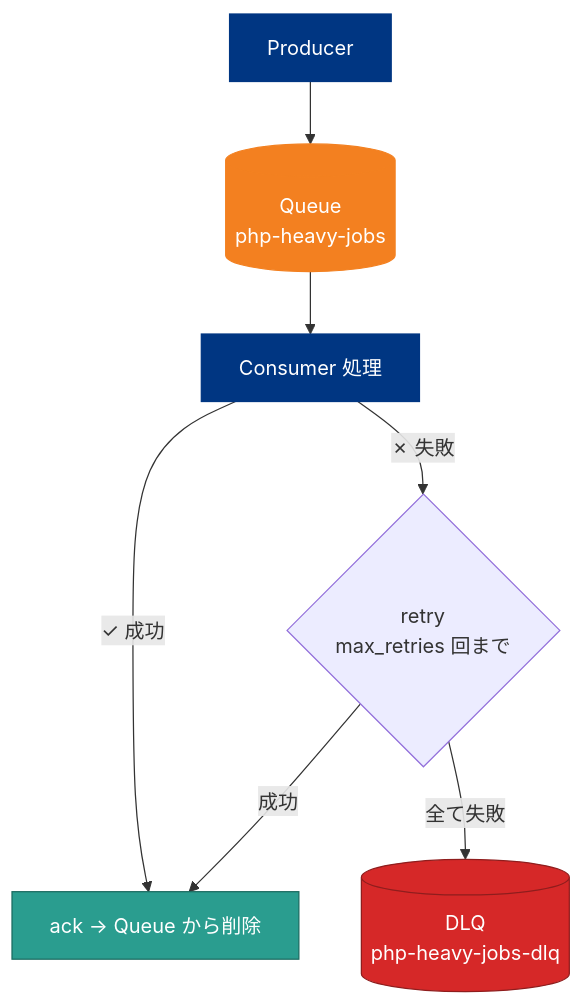
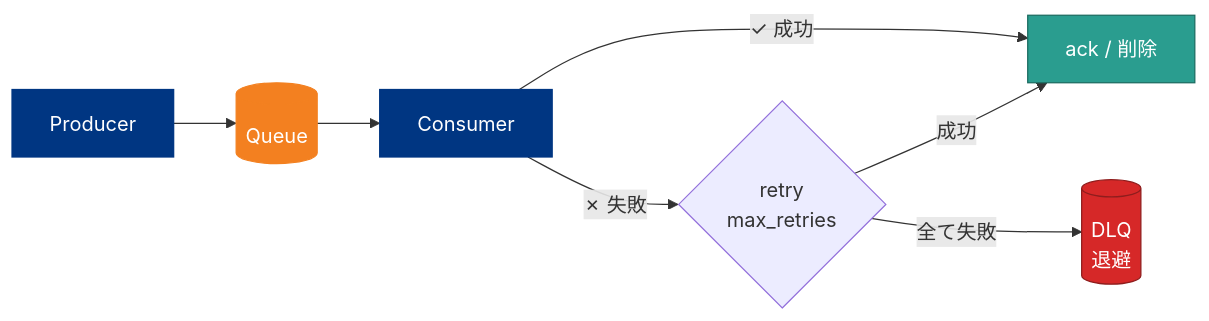
Before and after one commit to SuguruOoki/cloudflare-php-demo: the diagram in slides/diagrams/dlq-flow.mmd, drawn with Mermaid. The commit also changed 10 other files, not shown here.

First line of the commit message:
fix(slides): diagrams overflow - switch all to horizontal LR and size by height

```diff
--- a/slides/diagrams/dlq-flow.mmd
+++ b/slides/diagrams/dlq-flow.mmd
@@ -1,16 +1,16 @@
-flowchart TD
-    P[Producer] --> Q[(Queue<br/>php-heavy-jobs)]
-    Q --> C[Consumer 処理]
-    C -->|✓ 成功| OK[ack → Queue から削除]
-    C -->|✗ 失敗| R{retry<br/>max_retries 回まで}
+flowchart LR
+    P[Producer] --> Q[(Queue)]
+    Q --> C[Consumer]
+    C -->|✓ 成功| OK[ack / 削除]
+    C -->|✗ 失敗| R{retry<br/>max_retries}
     R -->|成功| OK
-    R -->|全て失敗| DLQ[(DLQ<br/>php-heavy-jobs-dlq)]
+    R -->|全て失敗| DLQ[(DLQ<br/>退避)]
 
     classDef q fill:#F38020,stroke:#F38020,color:#fff
     classDef ok fill:#2a9d8f,stroke:#1b6b60,color:#fff
     classDef fail fill:#d62828,stroke:#8f1d1d,color:#fff
     classDef actor fill:#003682,stroke:#003682,color:#fff
-    class Q,DLQ q
+    class Q q
     class OK ok
     class DLQ fail
     class P,C actor
```
